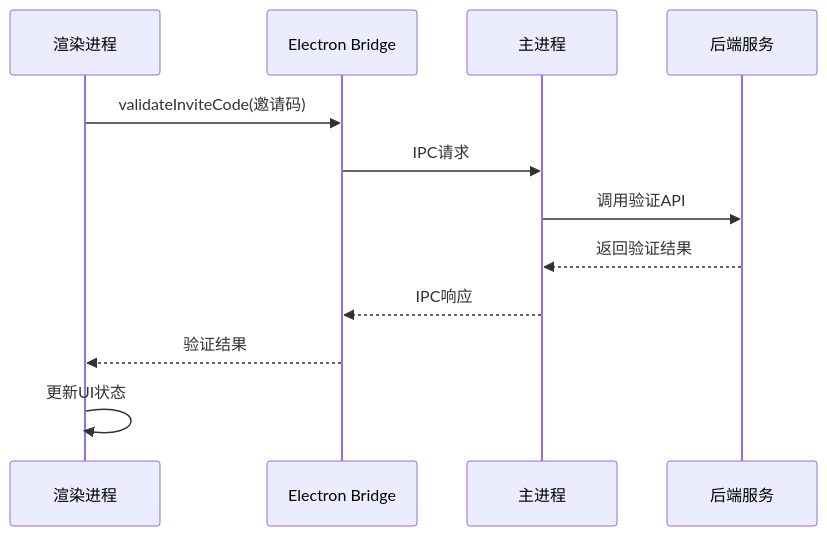
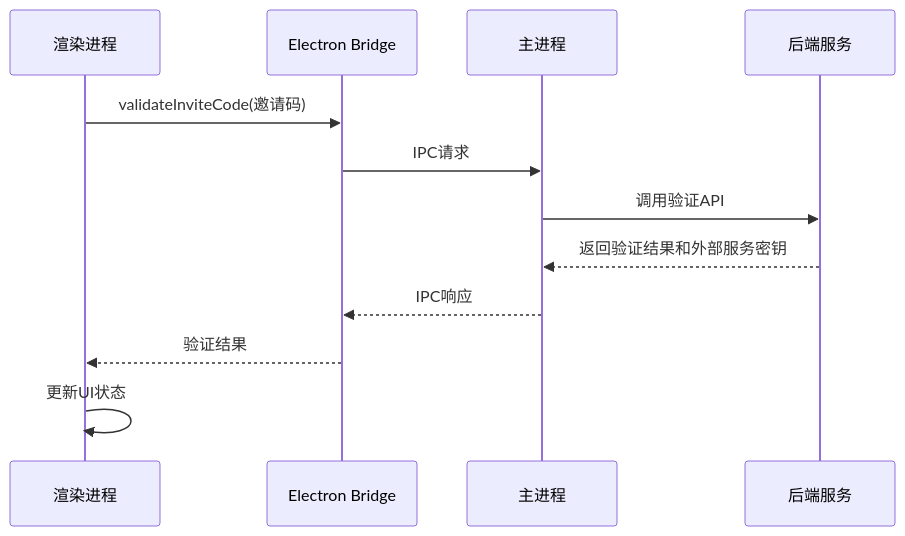
One commit to verse-ai-org/openclaw changed diagram 14 of 15 in .qoder/repowiki/zh/content/开发者指南/设置向导系统.md. Above: the diagram before and after it, drawn with Mermaid. The commit also changed other lines of this file and 7 other files, not shown here.

````diff
--- a/.qoder/repowiki/zh/content/开发者指南/设置向导系统.md
+++ b/.qoder/repowiki/zh/content/开发者指南/设置向导系统.md
@@ -935,14 +1085,14 @@
 ```mermaid
 sequenceDiagram
 participant Renderer as 渲染进程
 participant Bridge as Electron Bridge
 participant Main as 主进程
 participant Backend as 后端服务
 Renderer->>Bridge : validateInviteCode(邀请码)
 Bridge->>Main : IPC请求
 Main->>Backend : 调用验证API
-Backend-->>Main : 返回验证结果
+Backend-->>Main : 返回验证结果和外部服务密钥
 Main-->>Bridge : IPC响应
 Bridge-->>Renderer : 验证结果
 Renderer->>Renderer : 更新UI状态
 ```
````
